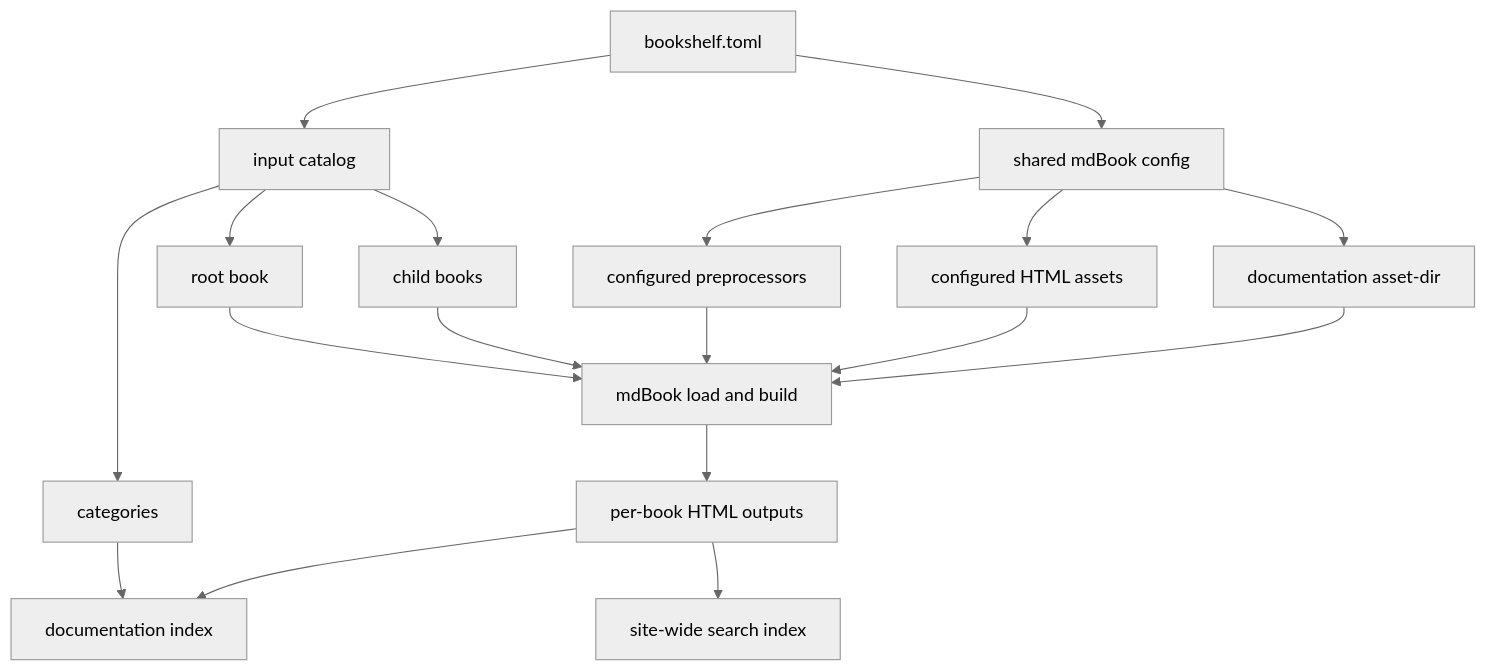
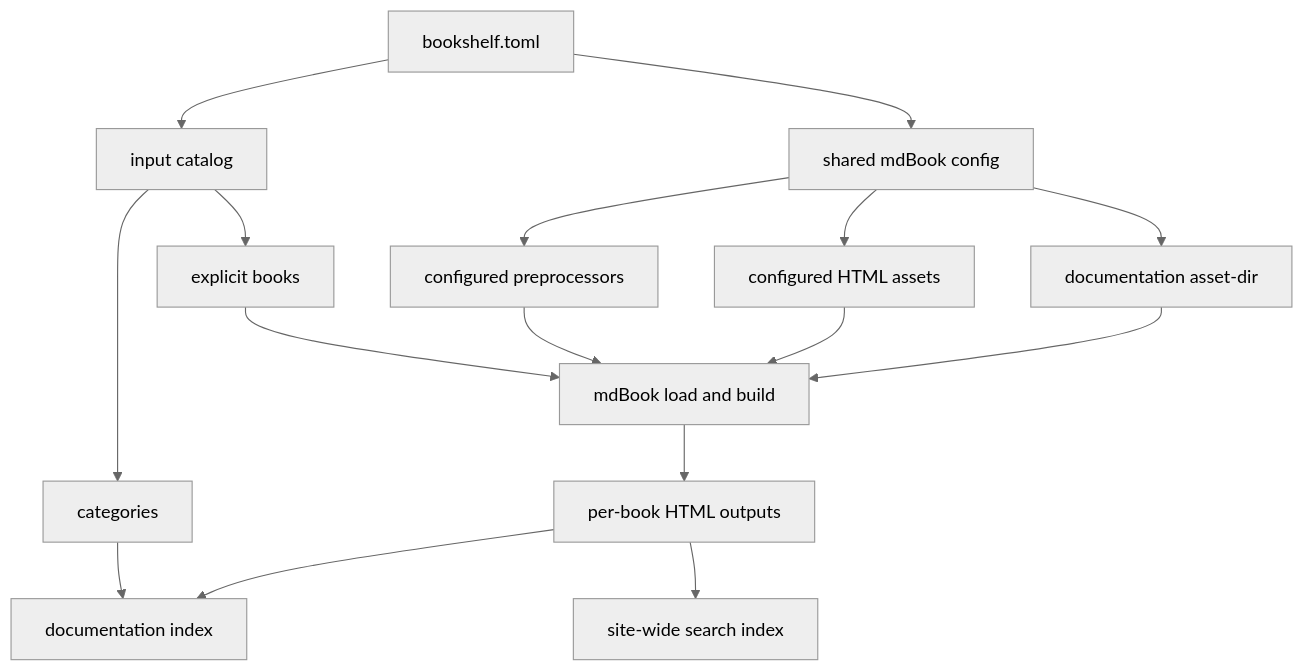
The diagram in docs/contributing.md (OptimalCNC/mdBook-bookshelf), drawn with Mermaid (neutral theme) before and after one commit. The commit also changed other lines of this file and 44 other files, not shown here.

Commit message:
feat: remove root book config model

````diff
--- a/docs/contributing.md
+++ b/docs/contributing.md
@@ -32,20 +32,18 @@
 ```mermaid
 flowchart TD
     Config["bookshelf.toml"] --> Catalog["input catalog"]
     Config --> SharedConfig["shared mdBook config"]
     SharedConfig --> Plugins["configured preprocessors"]
     SharedConfig --> Assets["configured HTML assets"]
     SharedConfig --> RuntimeAssets["documentation asset-dir"]
-    Catalog --> RootBook["root book"]
-    Catalog --> ChildBooks["child books"]
+    Catalog --> Books["explicit books"]
     Catalog --> Categories["categories"]
-    RootBook --> MdBook["mdBook load and build"]
-    ChildBooks --> MdBook
+    Books --> MdBook["mdBook load and build"]
     Plugins --> MdBook
     Assets --> MdBook
     RuntimeAssets --> MdBook
     MdBook --> BookOutputs["per-book HTML outputs"]
     Categories --> DocIndex["documentation index"]
     BookOutputs --> DocIndex
     BookOutputs --> Search["site-wide search index"]
 ```
````
